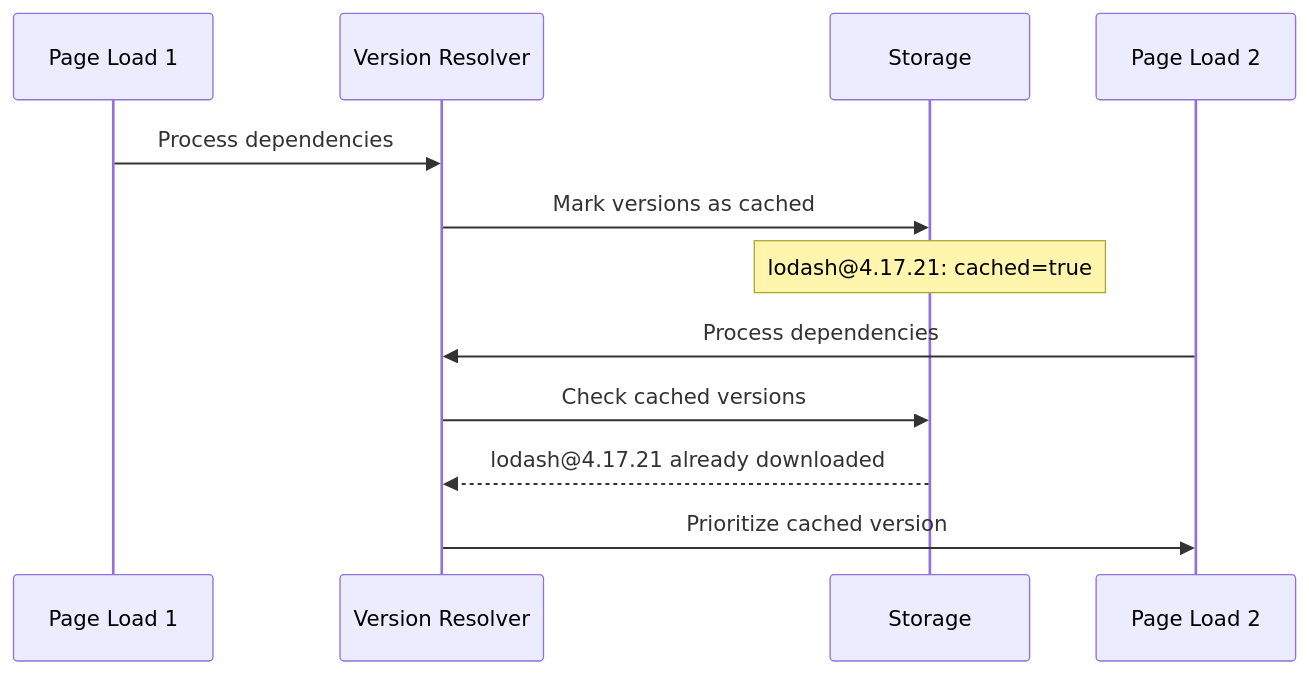
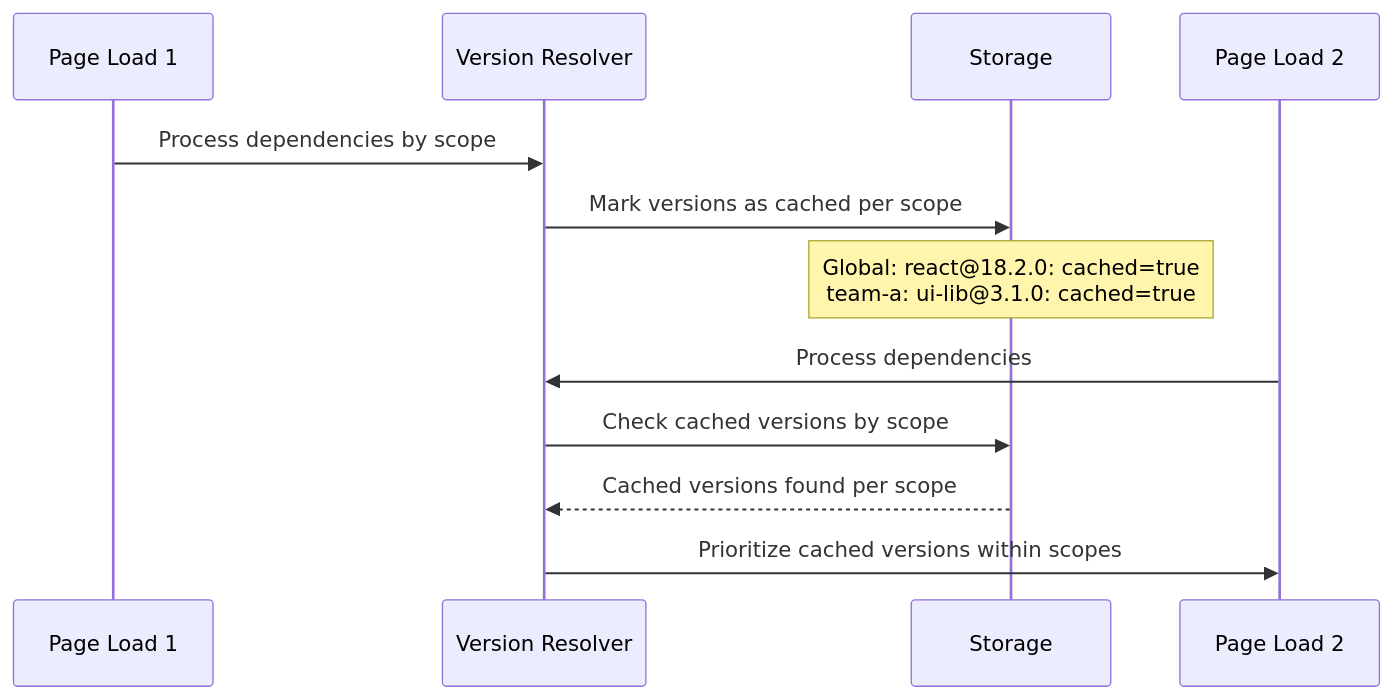
The sixth of 6 diagrams in docs/version-resolver.md (topicusonderwijs/vanilla-native-federation), drawn with Mermaid before and after one commit. The commit also changed other lines of this file and 2 other files, not shown here.

````diff
--- a/docs/version-resolver.md
+++ b/docs/version-resolver.md
@@ -362,16 +491,16 @@
 ```mermaid
 sequenceDiagram
     participant Page1 as Page Load 1
     participant Resolver as Version Resolver
     participant Storage as Storage
     participant Page2 as Page Load 2
     
-    Page1->>Resolver: Process dependencies
-    Resolver->>Storage: Mark versions as cached
-    Note over Storage: lodash@4.17.21: cached=true
+    Page1->>Resolver: Process dependencies by scope
+    Resolver->>Storage: Mark versions as cached per scope
+    Note over Storage: Global: react@18.2.0: cached=true<br/>team-a: ui-lib@3.1.0: cached=true
     
     Page2->>Resolver: Process dependencies  
-    Resolver->>Storage: Check cached versions
-    Storage-->>Resolver: lodash@4.17.21 already downloaded
-    Resolver->>Page2: Prioritize cached version
+    Resolver->>Storage: Check cached versions by scope
+    Storage-->>Resolver: Cached versions found per scope
+    Resolver->>Page2: Prioritize cached versions within scopes
 ```
````
